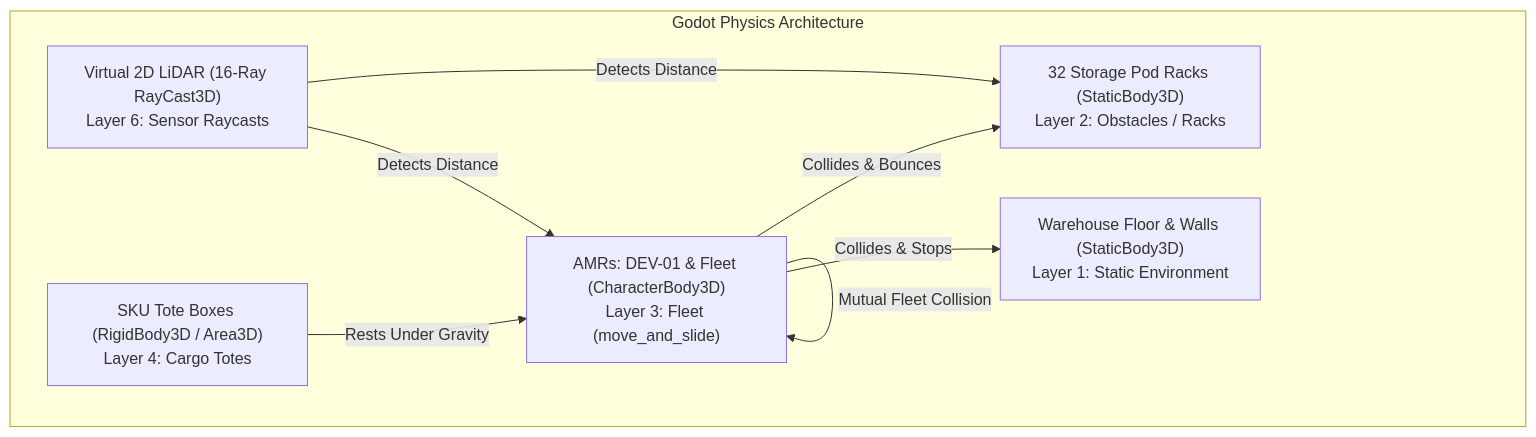
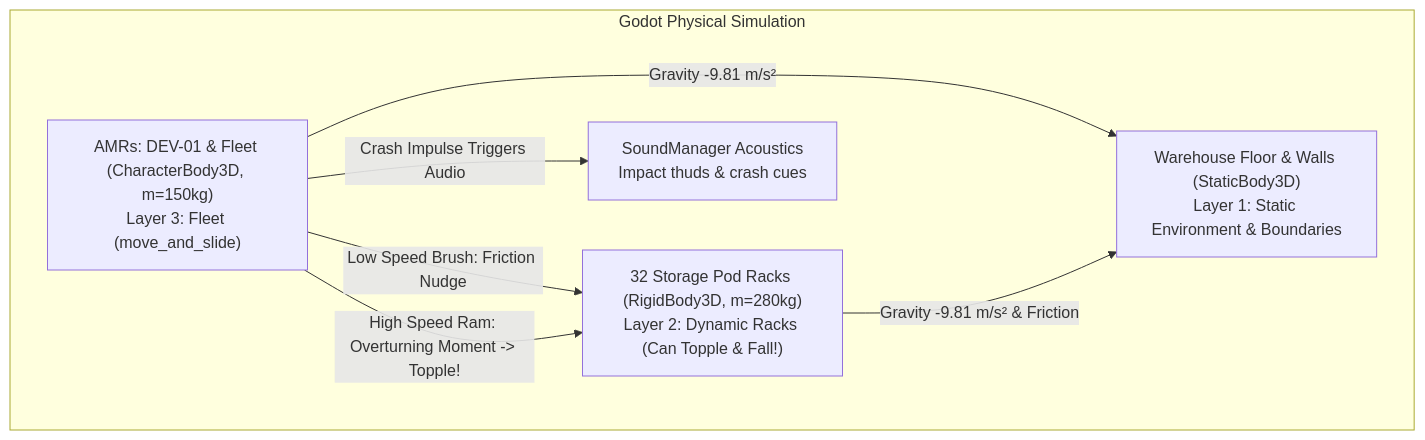
The third of 3 diagrams in docs/phases/04_WAREHOUSE_SIMULATION_ENVIRONMENT.md (QuangManhAI/RL_port_scheduling_container), drawn with Mermaid before and after one commit. The commit also changed other lines of this file, not shown here.

First line of the commit message:
docs(phases): update phase 04 with dynamic toppleable rack mechanics

````diff
--- a/docs/phases/04_WAREHOUSE_SIMULATION_ENVIRONMENT.md
+++ b/docs/phases/04_WAREHOUSE_SIMULATION_ENVIRONMENT.md
@@ -203,17 +203,15 @@
 ```mermaid
 graph TD
-    subgraph Godot Physics Architecture
-        Floor["Warehouse Floor & Walls (StaticBody3D)<br>Layer 1: Static Environment"]
-        Racks["32 Storage Pod Racks (StaticBody3D)<br>Layer 2: Obstacles / Racks"]
-        AMR["AMRs: DEV-01 & Fleet (CharacterBody3D)<br>Layer 3: Fleet (move_and_slide)"]
-        Totes["SKU Tote Boxes (RigidBody3D / Area3D)<br>Layer 4: Cargo Totes"]
-        LiDAR["Virtual 2D LiDAR (16-Ray RayCast3D)<br>Layer 6: Sensor Raycasts"]
+    subgraph Godot Physical Simulation
+        Floor["Warehouse Floor & Walls (StaticBody3D)<br>Layer 1: Static Environment & Boundaries"]
+        Racks["32 Storage Pod Racks (RigidBody3D, m=280kg)<br>Layer 2: Dynamic Racks (Can Topple & Fall!)"]
+        AMR["AMRs: DEV-01 & Fleet (CharacterBody3D, m=150kg)<br>Layer 3: Fleet (move_and_slide)"]
+        Audio["SoundManager Acoustics<br>Impact thuds & crash cues"]
     end
 
-    AMR -->|Collides & Bounces| Racks
-    AMR -->|Collides & Stops| Floor
-    AMR -->|Mutual Fleet Collision| AMR
-    LiDAR -->|Detects Distance| Racks
-    LiDAR -->|Detects Distance| AMR
-    Totes -->|Rests Under Gravity| AMR
+    AMR -->|Gravity -9.81 m/s²| Floor
+    Racks -->|Gravity -9.81 m/s² & Friction| Floor
+    AMR -->|Low Speed Brush: Friction Nudge| Racks
+    AMR -->|High Speed Ram: Overturning Moment -> Topple!| Racks
+    AMR -->|Crash Impulse Triggers Audio| Audio
 ```
````
